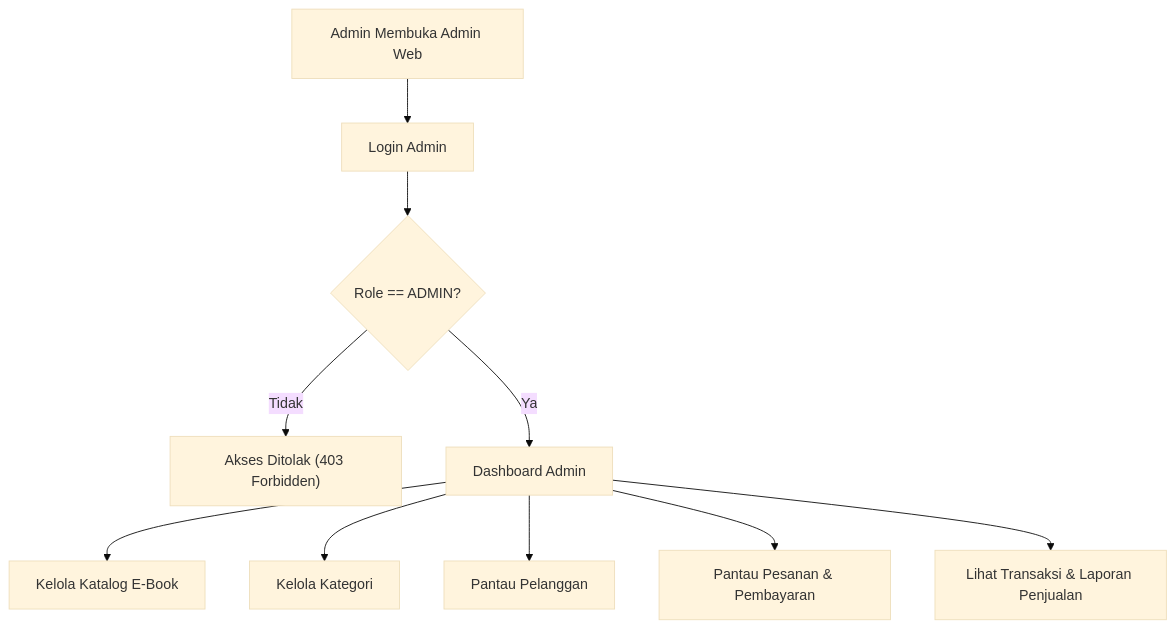
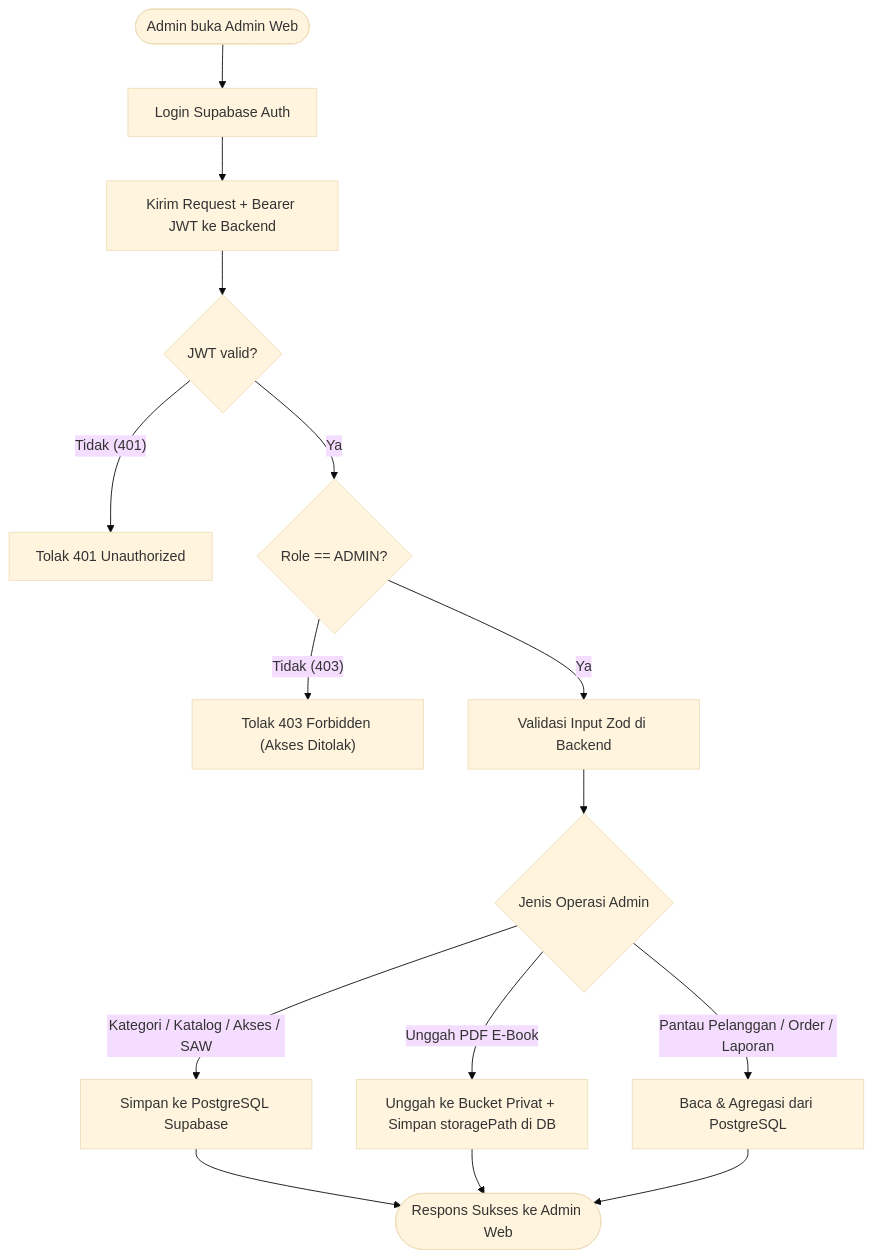
One commit to Faiq-DataSci/ebook-ecommerce changed the diagram in docs/03-business-process/admin-workflow.md. Above: the diagram before and after it, drawn with Mermaid (base theme). The commit also changed other lines of this file and 8 other files, not shown here.

````diff
--- a/docs/03-business-process/admin-workflow.md
+++ b/docs/03-business-process/admin-workflow.md
@@ -21,12 +9,17 @@
 ```mermaid
 flowchart TD
-    A["Admin Membuka Admin Web"] --> B["Login Admin"]
-    B --> C{"Role == ADMIN?"}
-    C -- "Tidak" --> D["Akses Ditolak (403 Forbidden)"]
-    C -- "Ya" --> E["Dashboard Admin"]
-    E --> F["Kelola Katalog E-Book"]
-    E --> G["Kelola Kategori"]
-    E --> H["Pantau Pelanggan"]
-    E --> I["Pantau Pesanan & Pembayaran"]
-    E --> J["Lihat Transaksi & Laporan Penjualan"]
+    Start(["Admin buka Admin Web"]) --> Login["Login Supabase Auth"]
+    Login --> Req["Kirim Request + Bearer JWT ke Backend"]
+    Req --> AuthCheck{"JWT valid?"}
+    AuthCheck -->|"Tidak (401)"| Reject401["Tolak 401 Unauthorized"]
+    AuthCheck -->|"Ya"| RoleCheck{"Role == ADMIN?"}
+    RoleCheck -->|"Tidak (403)"| Reject403["Tolak 403 Forbidden (Akses Ditolak)"]
+    RoleCheck -->|"Ya"| Validate["Validasi Input Zod di Backend"]
+    Validate --> Action{"Jenis Operasi Admin"}
+    Action -->|"Kategori / Katalog / Akses / SAW"| DBWrite["Simpan ke PostgreSQL Supabase"]
+    Action -->|"Unggah PDF E-Book"| StorageWrite["Unggah ke Bucket Privat + Simpan storagePath di DB"]
+    Action -->|"Pantau Pelanggan / Order / Laporan"| DBRead["Baca & Agregasi dari PostgreSQL"]
+    DBWrite --> Done(["Respons Sukses ke Admin Web"])
+    StorageWrite --> Done
+    DBRead --> Done
 ```
````
